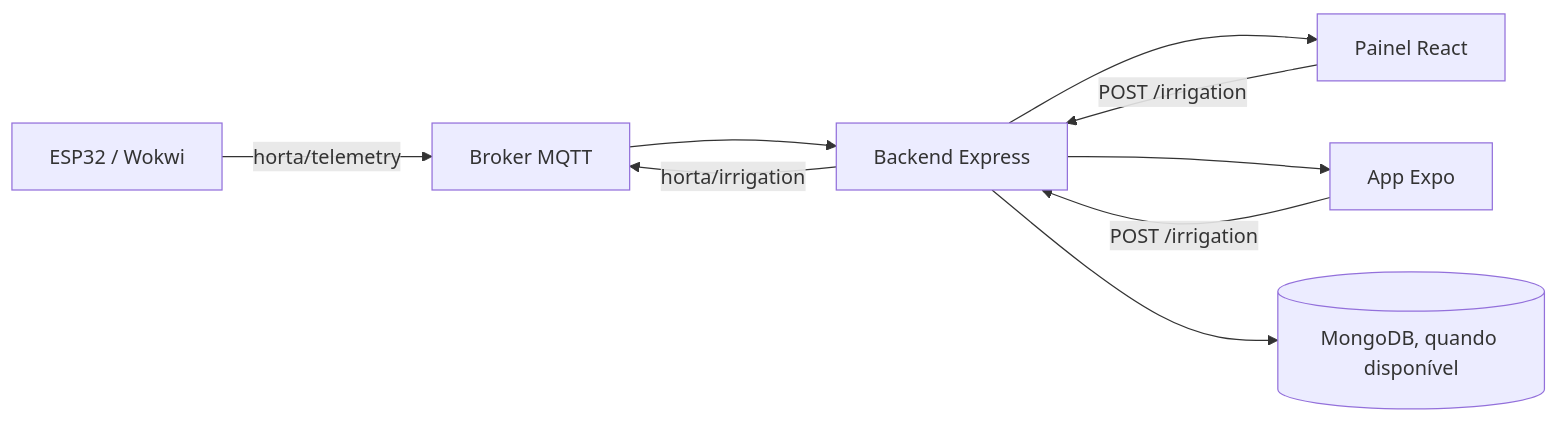
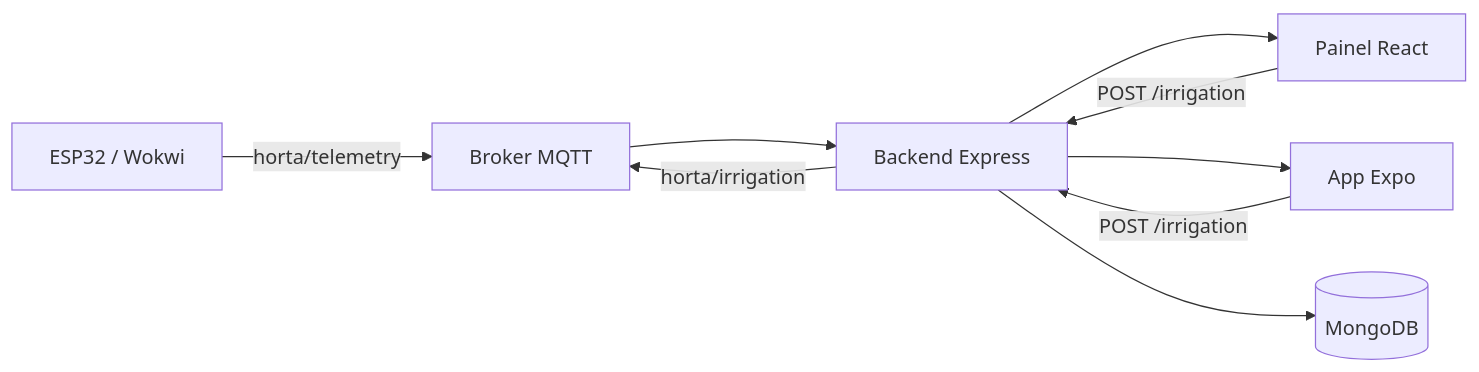
Before and after one commit to FatecFranca/DSM-G06-PI4-2026-2: the diagram in README.md, drawn with Mermaid. The commit also changed other lines of this file and 7 other files, not shown here.

````diff
--- a/README.md
+++ b/README.md
@@ -19,11 +21,11 @@
 ```mermaid
 flowchart LR
   sensor[ESP32 / Wokwi] -->|horta/telemetry| mqtt[Broker MQTT]
   mqtt --> backend[Backend Express]
   backend --> web[Painel React]
   backend --> mobile[App Expo]
   web -->|POST /irrigation| backend
   mobile -->|POST /irrigation| backend
   backend -->|horta/irrigation| mqtt
-  backend --> mongo[(MongoDB, quando disponível)]
+  backend --> mongo[(MongoDB)]
 ```
````
